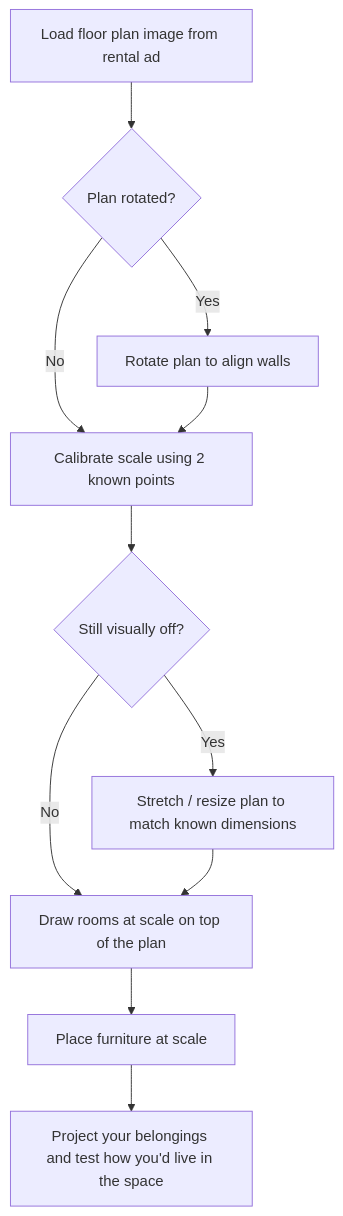
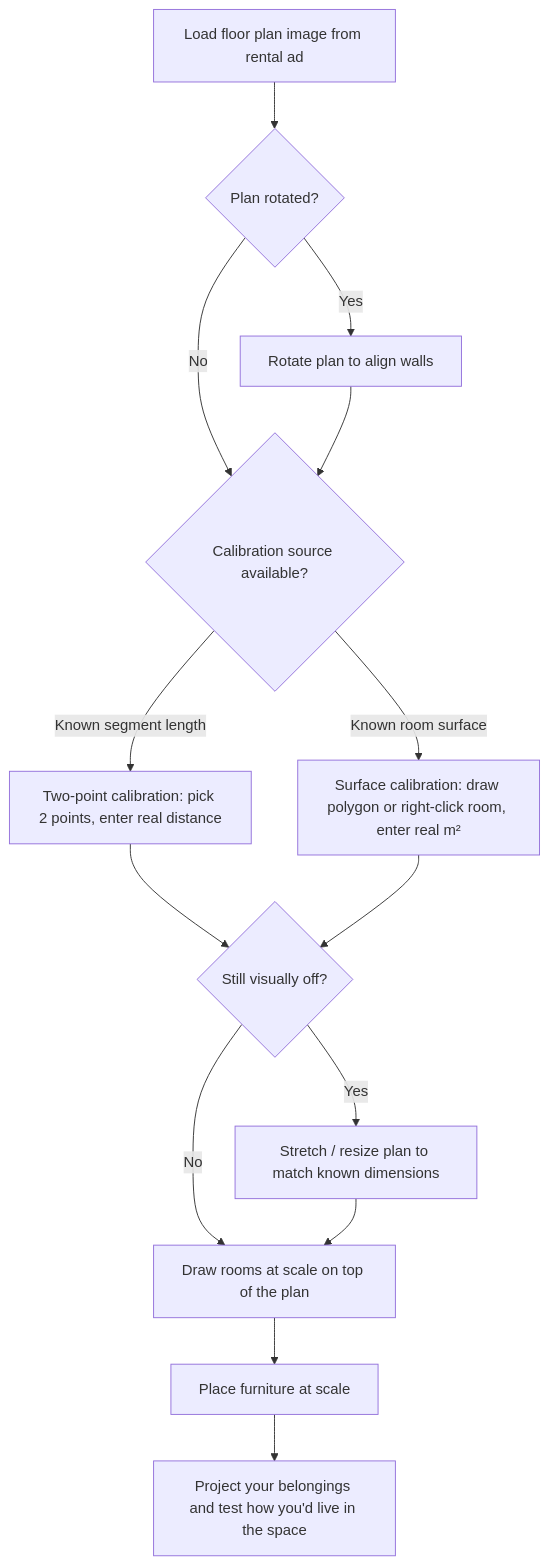
Before and after one commit to Tucsky/sqale: the diagram in README.md, drawn with Mermaid. The commit also changed other lines of this file and 17 other files, not shown here.

First line of the commit message:
feat(calibration): add area-based and room-context floor calibration modes

````diff
--- a/README.md
+++ b/README.md
@@ -66,13 +68,16 @@
 ```mermaid
 flowchart TD
   A[Load floor plan image from rental ad] --> B{Plan rotated?}
   B -->|Yes| C[Rotate plan to align walls]
-  B -->|No| D[Calibrate scale using 2 known points]
+  B -->|No| D{Calibration source available?}
   C --> D
-  D --> E{Still visually off?}
-  E -->|Yes| F[Stretch / resize plan to match known dimensions]
-  E -->|No| G[Draw rooms at scale on top of the plan]
+  D -->|Known segment length| E[Two-point calibration: pick 2 points, enter real distance]
+  D -->|Known room surface| F[Surface calibration: draw polygon or right-click room, enter real m²]
+  E --> G{Still visually off?}
   F --> G
-  G --> H[Place furniture at scale]
-  H --> I[Project your belongings and test how you'd live in the space]
+  G -->|Yes| H[Stretch / resize plan to match known dimensions]
+  G -->|No| I[Draw rooms at scale on top of the plan]
+  H --> I
+  I --> J[Place furniture at scale]
+  J --> K[Project your belongings and test how you'd live in the space]
 ```
````
